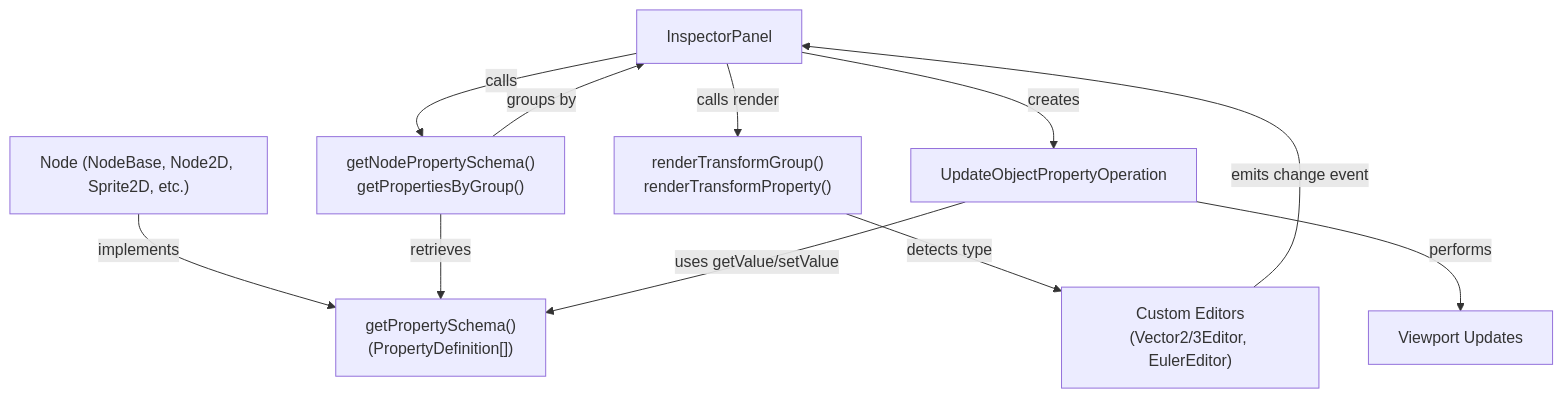
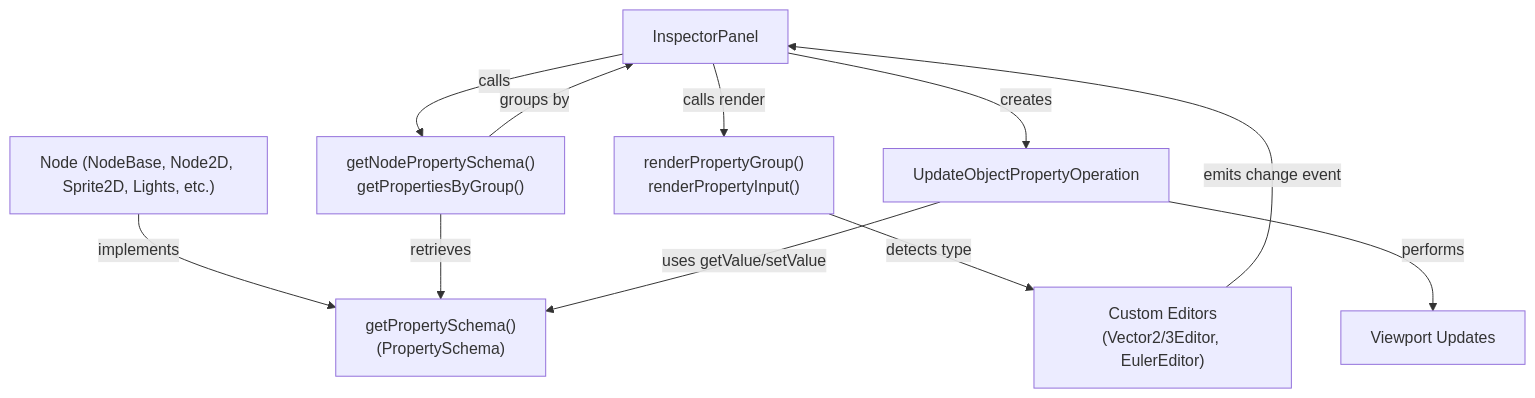
Before and after one commit to pix3dev/pix3-core: the second of 5 diagrams in docs/architecture.md, drawn with Mermaid. The commit also changed other lines of this file and 1 other file, not shown here.

````diff
--- a/docs/architecture.md
+++ b/docs/architecture.md
@@ -79,22 +94,22 @@
 ```mermaid
 graph TD
-  Node["Node (NodeBase, Node2D, Sprite2D, etc.)"]
-  Schema["getPropertySchema()<br/>(PropertyDefinition[])"]
+  Node["Node (NodeBase, Node2D, Sprite2D, Lights, etc.)"]
+  Schema["getPropertySchema()<br/>(PropertySchema)"]
   Inspector["InspectorPanel"]
   Utils["getNodePropertySchema()<br/>getPropertiesByGroup()"]
-  Render["renderTransformGroup()<br/>renderTransformProperty()"]
+  Render["renderPropertyGroup()<br/>renderPropertyInput()"]
   Editors["Custom Editors<br/>(Vector2/3Editor, EulerEditor)"]
   Operation["UpdateObjectPropertyOperation"]
   Viewport["Viewport Updates"]
 
   Node -->|implements| Schema
   Inspector -->|calls| Utils
   Utils -->|retrieves| Schema
   Utils -->|groups by| Inspector
   Inspector -->|calls render| Render
   Render -->|detects type| Editors
   Editors -->|emits change event| Inspector
   Inspector -->|creates| Operation
   Operation -->|uses getValue/setValue| Schema
   Operation -->|performs| Viewport
 ```
````
